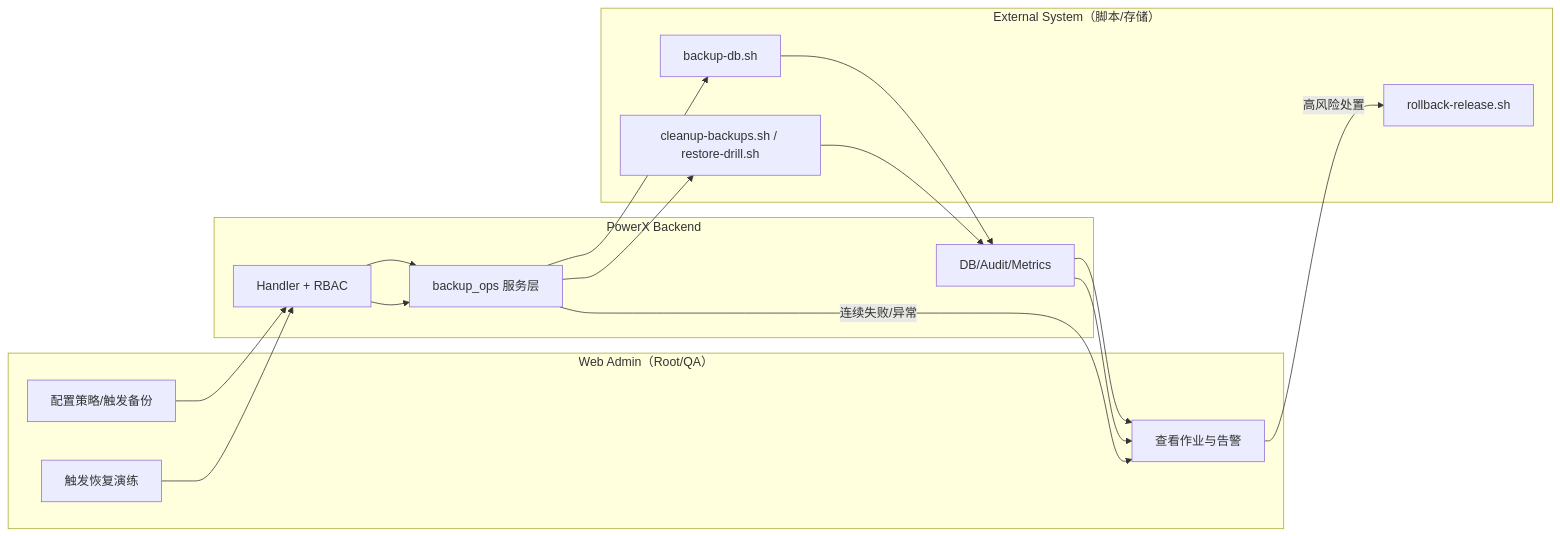
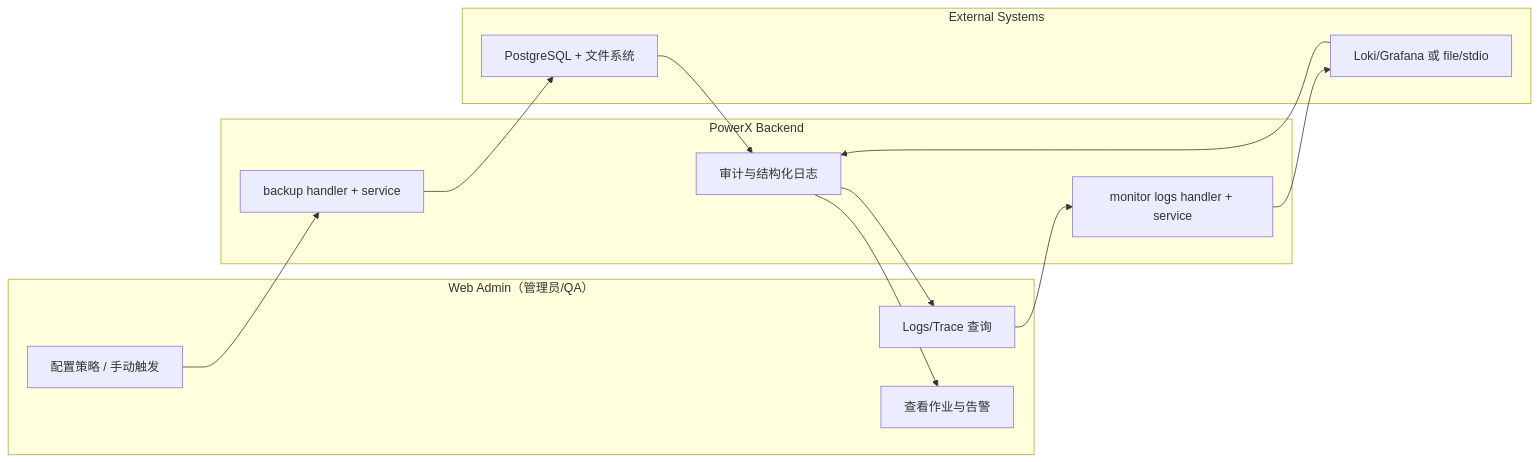
The third of 3 diagrams in docs/guides/deploy/027-monitor-center/guide.md (ArtisanCloud/PowerX), drawn with Mermaid before and after one commit. The commit also changed other lines of this file and 32 other files, not shown here.

````diff
--- a/docs/guides/deploy/027-monitor-center/guide.md
+++ b/docs/guides/deploy/027-monitor-center/guide.md
@@ -61,25 +61,22 @@
 ```mermaid
 flowchart LR
-  subgraph L1["Web Admin（Root/QA）"]
-    U1["配置策略/触发备份"]
+  subgraph L1["Web Admin（管理员/QA）"]
+    U1["配置策略 / 手动触发"]
     U2["查看作业与告警"]
-    U3["触发恢复演练"]
+    U3["Logs/Trace 查询"]
   end
 
   subgraph L2["PowerX Backend"]
-    B1["Handler + RBAC"]
-    B2["backup_ops 服务层"]
-    B3["DB/Audit/Metrics"]
+    B1["backup handler + service"]
+    B2["monitor logs handler + service"]
+    B3["审计与结构化日志"]
   end
 
-  subgraph L3["External System（脚本/存储）"]
-    X1["backup-db.sh"]
-    X2["cleanup-backups.sh / restore-drill.sh"]
-    X3["rollback-release.sh"]
+  subgraph L3["External Systems"]
+    X1["PostgreSQL + 文件系统"]
+    X2["Loki/Grafana 或 file/stdio"]
   end
 
-  U1 --> B1 --> B2 --> X1 --> B3 --> U2
-  U3 --> B1 --> B2 --> X2 --> B3 --> U2
-  B2 -->|连续失败/异常| U2
-  U2 -->|高风险处置| X3
+  U1 --> B1 --> X1 --> B3 --> U2
+  U3 --> B2 --> X2 --> B3 --> U3
 ```
````
